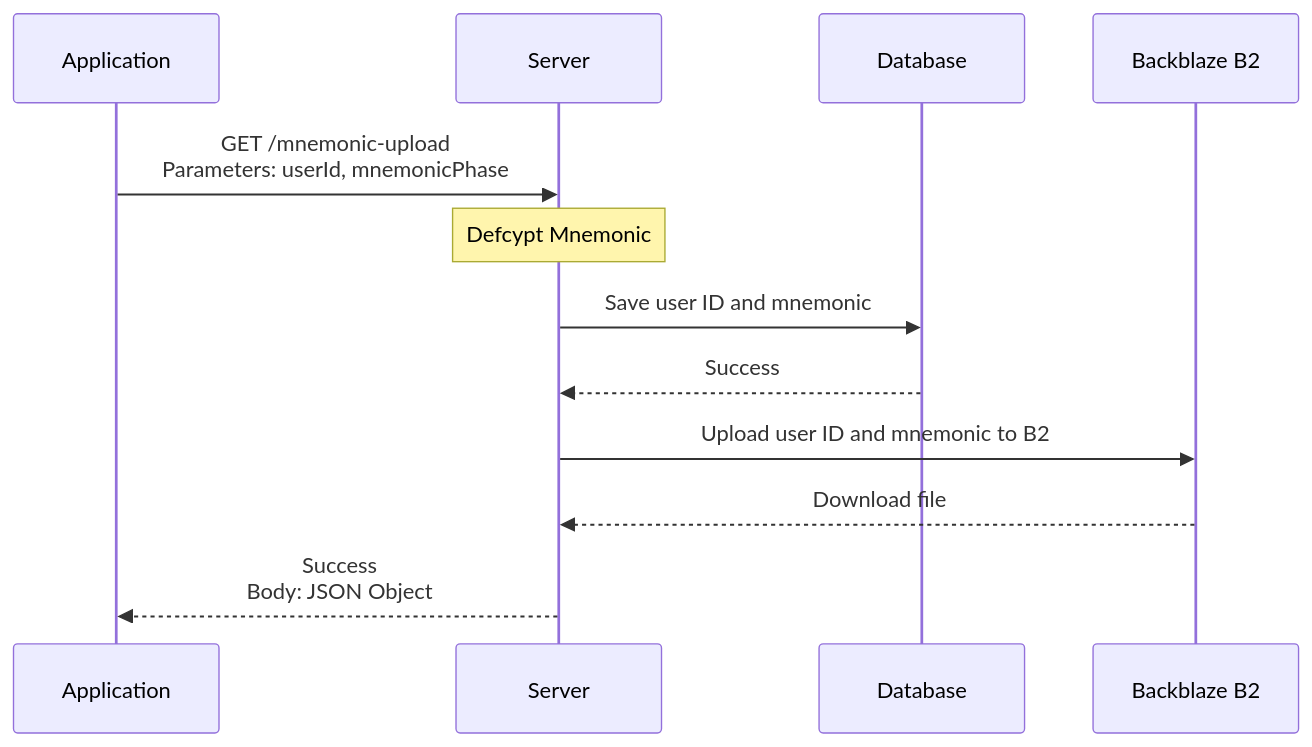
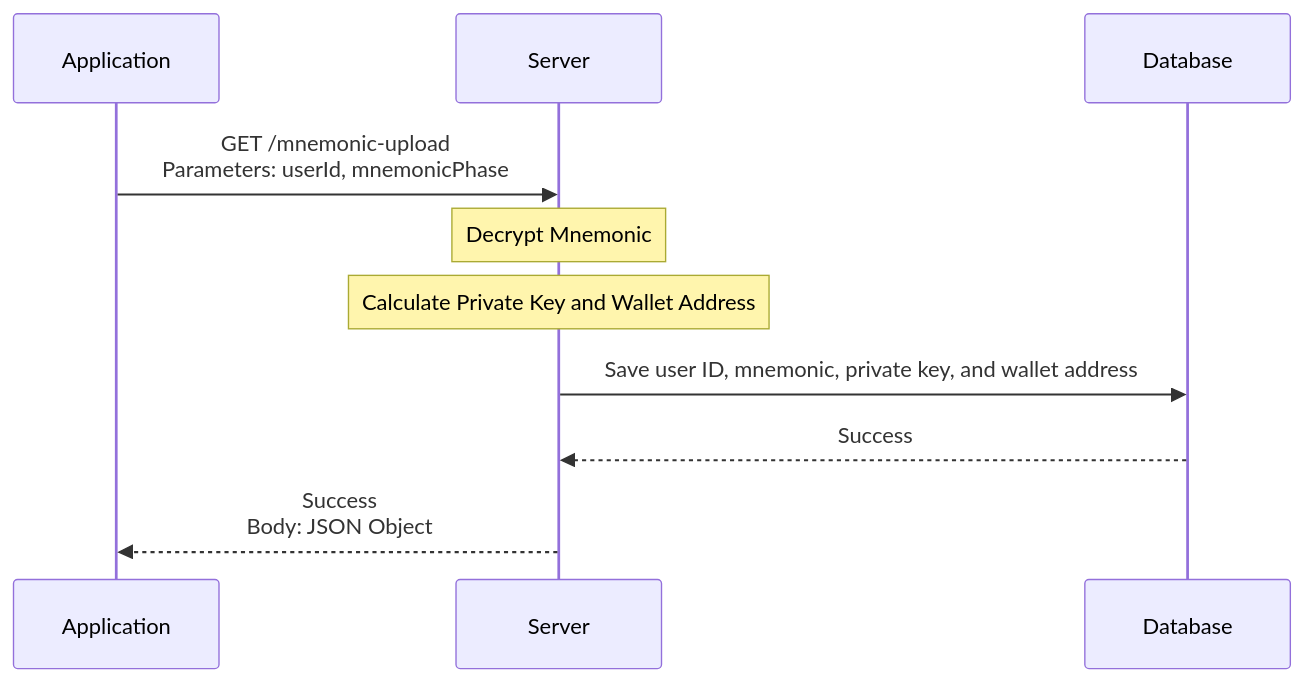
Before and after one commit to BTI-US/PhotoEditor-Server: the third of 8 diagrams in README.md, drawn with Mermaid. The commit also changed other lines of this file and 5 other files, not shown here.

````diff
--- a/README.md
+++ b/README.md
@@ -66,15 +66,13 @@
 ```mermaid
 sequenceDiagram
     participant APP as Application
     participant BE as Server
     participant DB as Database
-    participant B2 as Backblaze B2
 
     APP->>BE: GET /mnemonic-upload <br>Parameters: userId, mnemonicPhase
-    note over BE: Defcypt Mnemonic
-    BE->>DB: Save user ID and mnemonic
+    note over BE: Decrypt Mnemonic
+    note over BE: Calculate Private Key and Wallet Address
+    BE->>DB: Save user ID, mnemonic, private key, and wallet address
     DB-->>BE: Success
-    BE->>B2: Upload user ID and mnemonic to B2
-    B2-->>BE: Download file
     BE-->>APP: Success <br>Body: JSON Object
 ```
````
